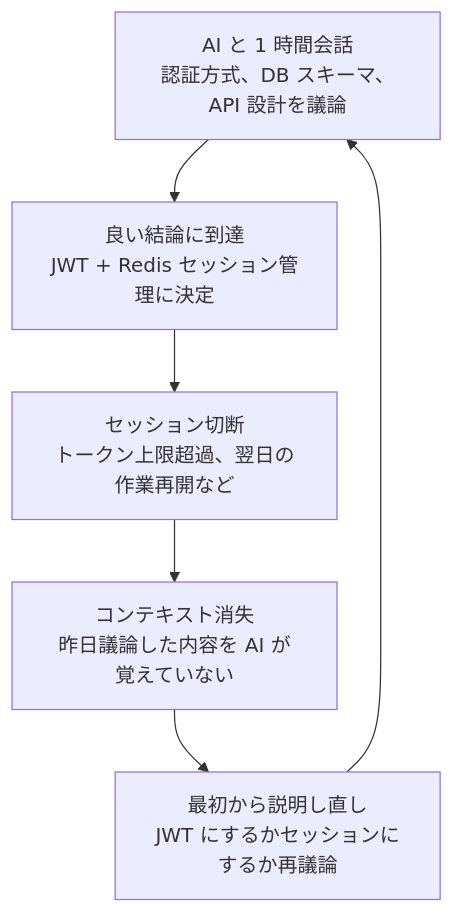
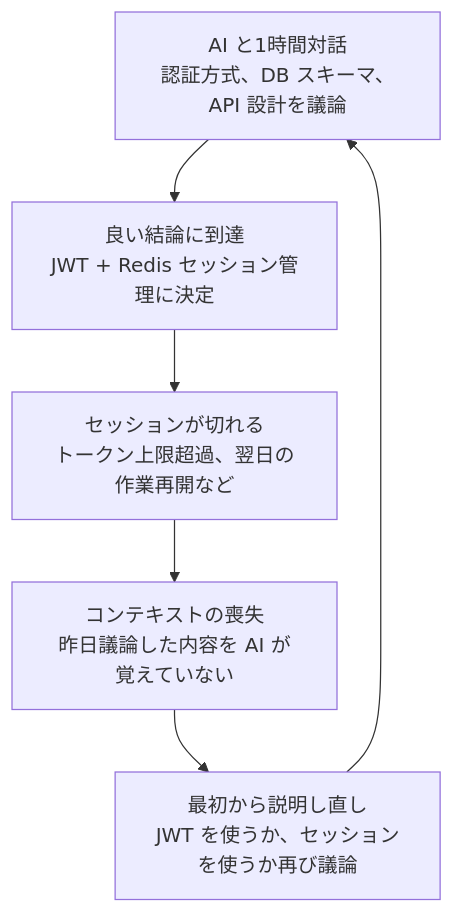
The first of 5 diagrams in docs-site/content/ja/core-concepts/spec-based-dev.md (modu-ai/moai-adk), drawn with Mermaid before and after one commit. The commit also changed other lines of this file and 395 other files, not shown here.

````diff
--- a/docs-site/content/ja/core-concepts/spec-based-dev.md
+++ b/docs-site/content/ja/core-concepts/spec-based-dev.md
@@ -46,8 +40,8 @@
 ```mermaid
 flowchart TD
-    A["AI と 1 時間会話\n認証方式、DB スキーマ、API 設計を議論"] --> B["良い結論に到達\nJWT + Redis セッション管理に決定"]
-    B --> C["セッション切断\nトークン上限超過、翌日の作業再開など"]
-    C --> D["コンテキスト消失\n昨日議論した内容を AI が覚えていない"]
-    D --> E["最初から説明し直し\nJWT にするかセッションにするか再議論"]
+    A["AI と1時間対話\n認証方式、DB スキーマ、API 設計を議論"] --> B["良い結論に到達\nJWT + Redis セッション管理に決定"]
+    B --> C["セッションが切れる\nトークン上限超過、翌日の作業再開など"]
+    C --> D["コンテキストの喪失\n昨日議論した内容を AI が覚えていない"]
+    D --> E["最初から説明し直し\nJWT を使うか、セッションを使うか再び議論"]
     E --> A
 ```
````
